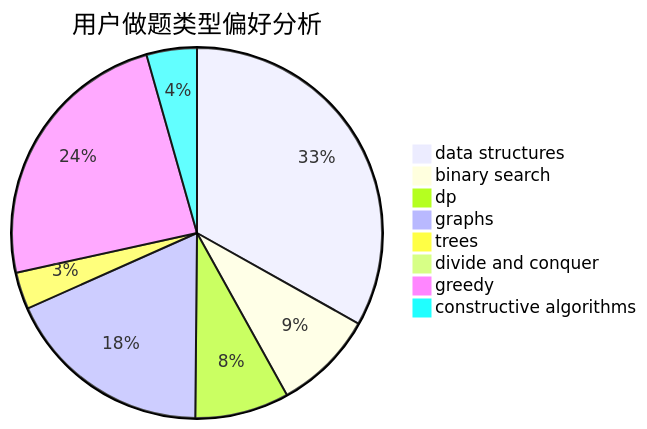
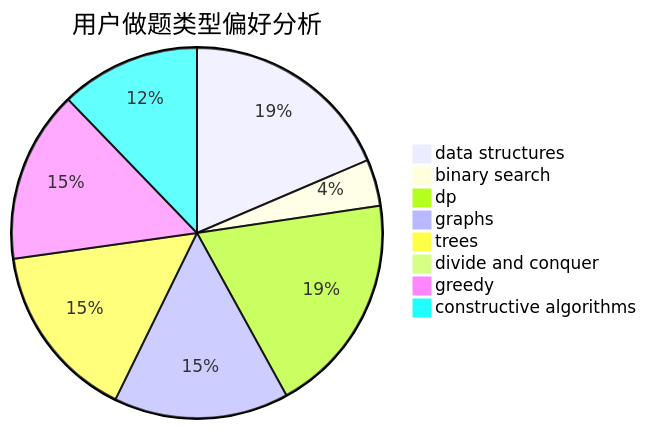
The second of 3 diagrams in docs/user/u2073.md (sherpahu/cfrs.github.io), drawn with Mermaid before and after one commit. The commit also changed other lines of this file and 2770 other files, not shown here.

````diff
--- a/docs/user/u2073.md
+++ b/docs/user/u2073.md
@@ -23,11 +23,11 @@
 ```mermaid
 pie title 用户做题类型偏好分析
-    "data structures" :  113
-    "binary search" :  30
-    "dp" :  28
-    "graphs" :  62
-    "trees" :  11
-    "divide and conquer" :  0
-    "greedy" :  82
-    "constructive algorithms" :  15
+    "data structures" :  73
+    "binary search" :  16
+    "dp" :  76
+    "graphs" :  60
+    "trees" :  61
+    "divide and conquer" :  1
+    "greedy" :  59
+    "constructive algorithms" :  48
 ```
````
